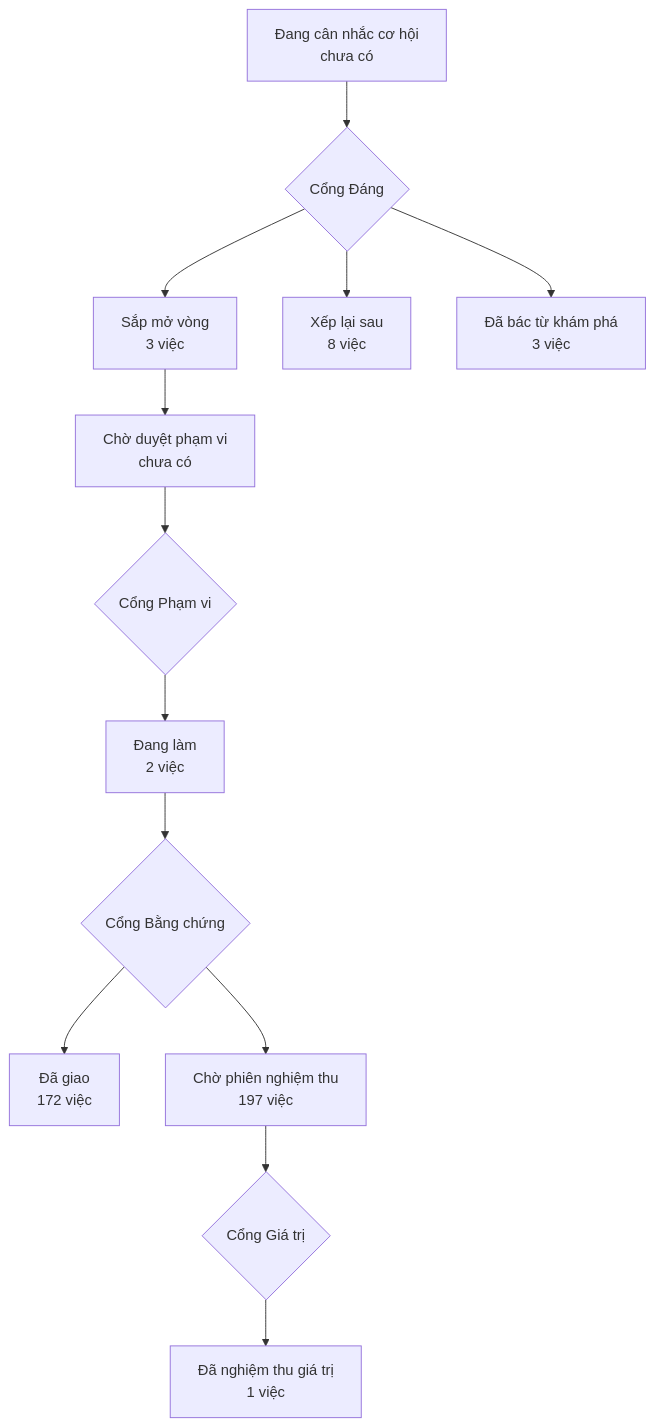
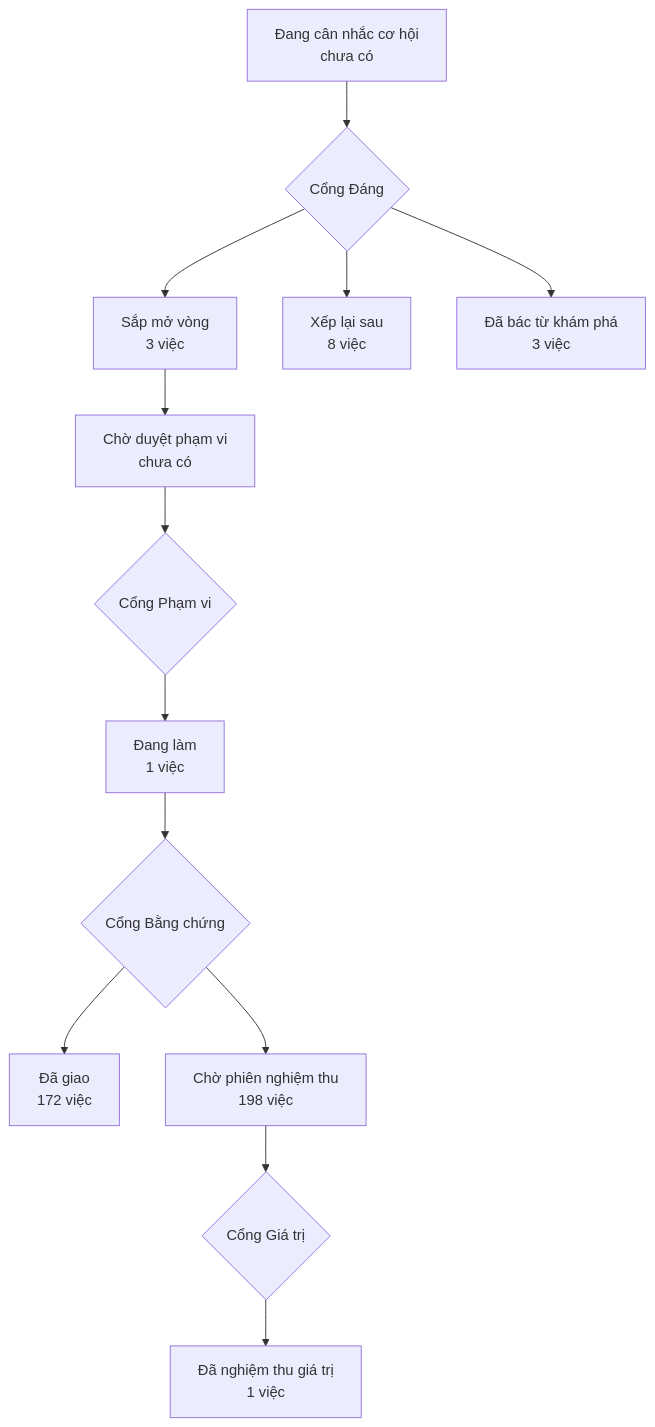
Before and after one commit to phanlemanh/crm-onehub: the diagram in PRODUCT-MAP.md, drawn with Mermaid. The commit also changed 6 other files, not shown here.

````diff
--- a/PRODUCT-MAP.md
+++ b/PRODUCT-MAP.md
@@ -7,12 +7,12 @@
 ```mermaid
 flowchart TD
   A["Đang cân nhắc cơ hội<br/>chưa có"] --> GD{"Cổng Đáng"}
   GD --> B["Sắp mở vòng<br/>3 việc"]
   GD --> XL["Xếp lại sau<br/>8 việc"]
   GD --> DB["Đã bác từ khám phá<br/>3 việc"]
   B --> CD["Chờ duyệt phạm vi<br/>chưa có"] --> GP{"Cổng Phạm vi"}
-  GP --> DL["Đang làm<br/>2 việc"] --> GB{"Cổng Bằng chứng"}
+  GP --> DL["Đang làm<br/>1 việc"] --> GB{"Cổng Bằng chứng"}
   GB --> DG["Đã giao<br/>172 việc"]
-  GB --> CN["Chờ phiên nghiệm thu<br/>197 việc"] --> GG{"Cổng Giá trị"}
+  GB --> CN["Chờ phiên nghiệm thu<br/>198 việc"] --> GG{"Cổng Giá trị"}
   GG --> NT["Đã nghiệm thu giá trị<br/>1 việc"]
 ```
````
